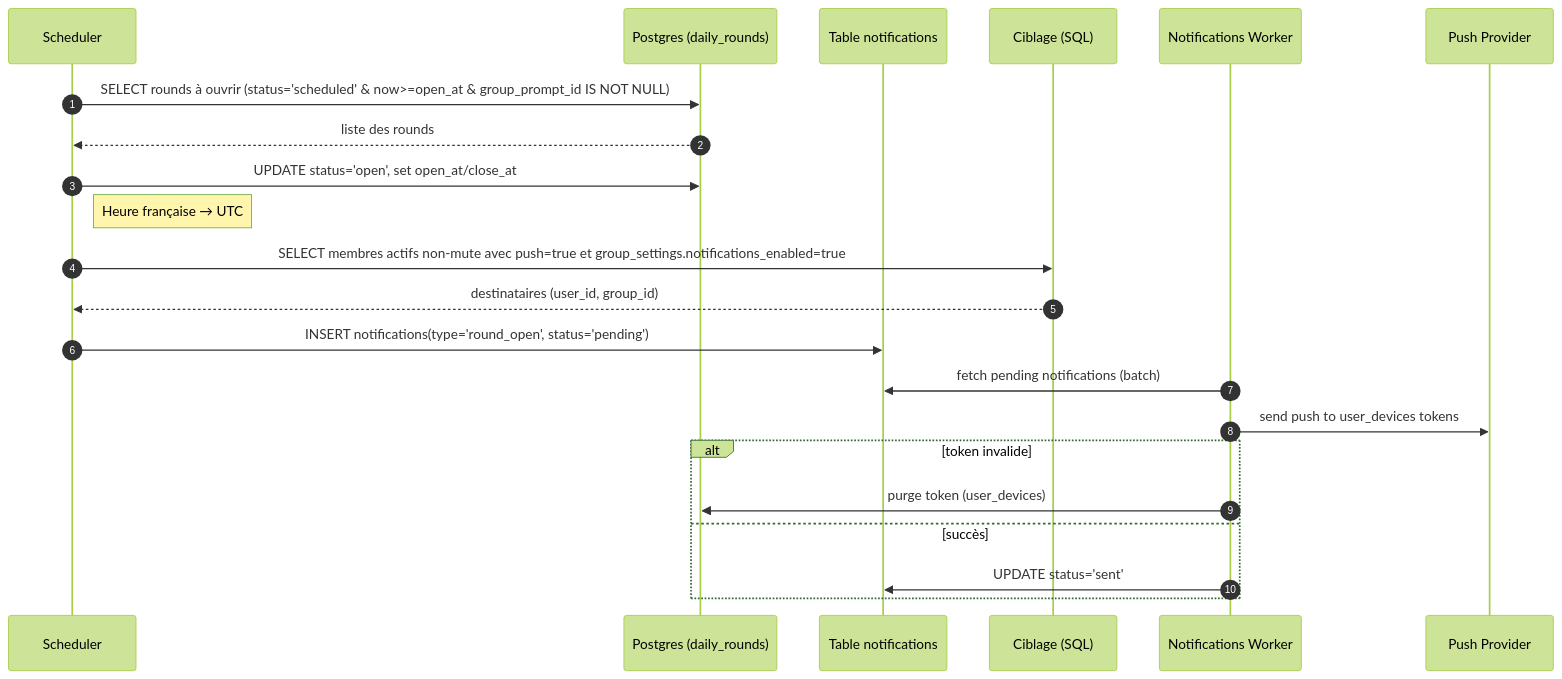
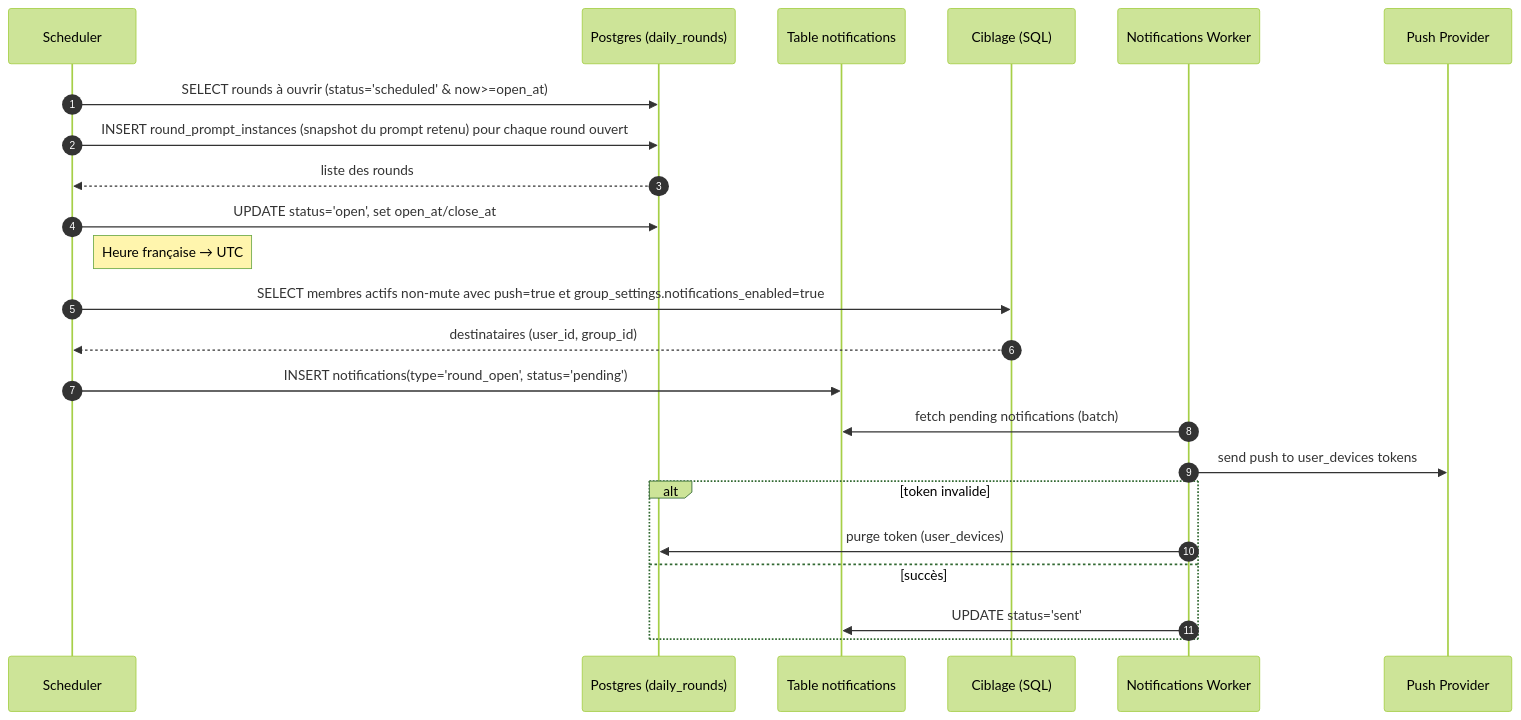
The first of 2 diagrams in docs/workflows.md (Adrien490/jimboa), drawn with Mermaid (forest theme) before and after one commit. The commit also changed other lines of this file and 5 other files, not shown here.

````diff
--- a/docs/workflows.md
+++ b/docs/workflows.md
@@ -45,25 +47,26 @@
 ```mermaid
 sequenceDiagram
   autonumber
   participant Cron as Scheduler
   participant DB as Postgres (daily_rounds)
   participant NQ as Table notifications
   participant Sel as Ciblage (SQL)
   participant NW as Notifications Worker
   participant Push as Push Provider
 
-  Cron->>DB: SELECT rounds à ouvrir (status='scheduled' & now>=open_at & group_prompt_id IS NOT NULL)
+  Cron->>DB: SELECT rounds à ouvrir (status='scheduled' & now>=open_at)
+  Cron->>DB: INSERT round_prompt_instances (snapshot du prompt retenu) pour chaque round ouvert
   DB-->>Cron: liste des rounds
   Cron->>DB: UPDATE status='open', set open_at/close_at
   Note right of Cron: Heure française → UTC
   Cron->>Sel: SELECT membres actifs non-mute avec push=true et group_settings.notifications_enabled=true
   Sel-->>Cron: destinataires (user_id, group_id)
   Cron->>NQ: INSERT notifications(type='round_open', status='pending')
   NW->>NQ: fetch pending notifications (batch)
   NW->>Push: send push to user_devices tokens
   alt token invalide
     NW->>DB: purge token (user_devices)
   else succès
     NW->>NQ: UPDATE status='sent'
   end
 ```
````
